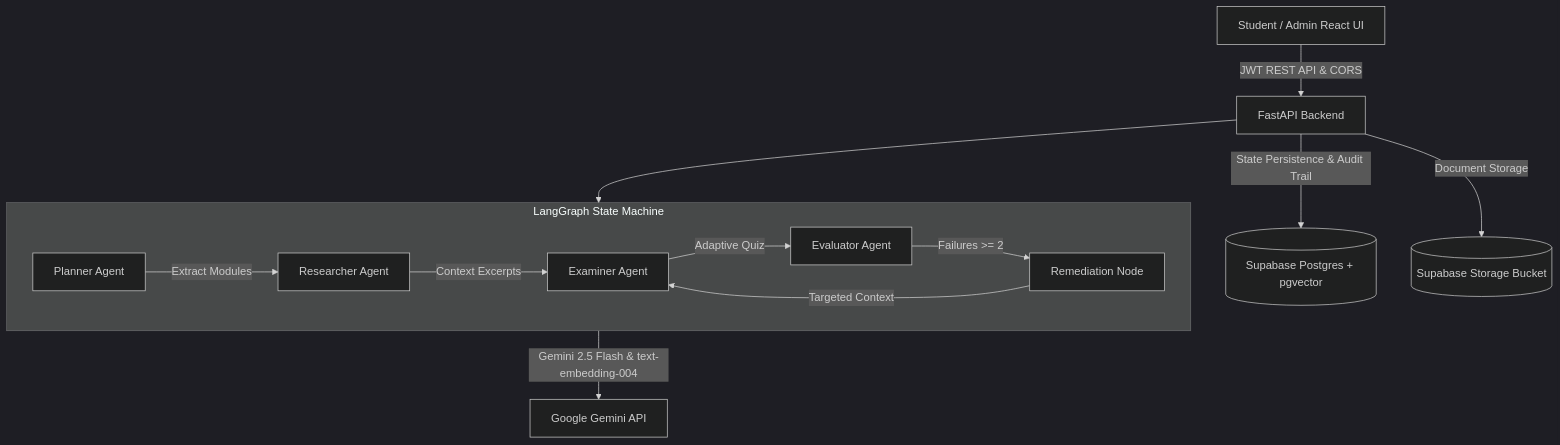
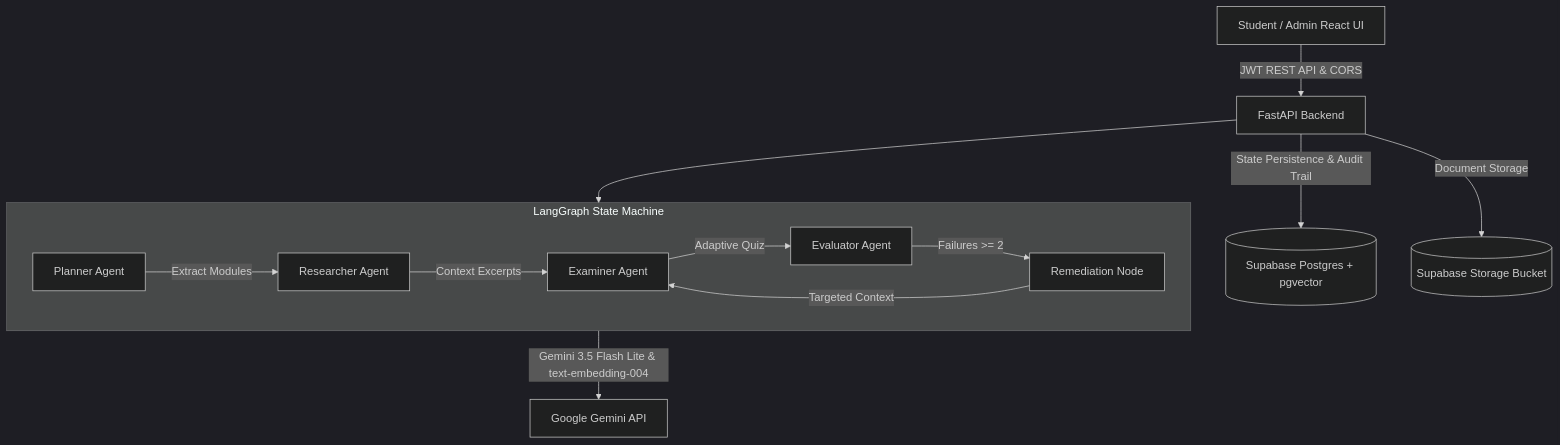
The diagram in README.md (EkTumBar/Syllabus-Driven-Multi-Agent-Academic-Tutor), drawn with Mermaid (dark theme) before and after one commit. The commit also changed other lines of this file and 4 other files, not shown here.

Commit message:
docs(models): align Gemini model references and fallback defaults to gemini-3.5-flash-lite

````diff
--- a/README.md
+++ b/README.md
@@ -9,17 +9,17 @@
 ```mermaid
 graph TD
     A[Student / Admin React UI] -->|JWT REST API & CORS| B[FastAPI Backend]
     B -->|State Persistence & Audit Trail| C[(Supabase Postgres + pgvector)]
     B -->|Document Storage| D[(Supabase Storage Bucket)]
     
     subgraph Multi-AgentOrchestrator [LangGraph State Machine]
         E[Planner Agent] -->|Extract Modules| F[Researcher Agent]
         F -->|Context Excerpts| G[Examiner Agent]
         G -->|Adaptive Quiz| H[Evaluator Agent]
         H -->|Failures >= 2| I[Remediation Node]
         I -->|Targeted Context| G
     end
 
     B --> Multi-AgentOrchestrator
-    Multi-AgentOrchestrator -->|Gemini 2.5 Flash & text-embedding-004| J[Google Gemini API]
+    Multi-AgentOrchestrator -->|Gemini 3.5 Flash Lite & text-embedding-004| J[Google Gemini API]
 ```
````
